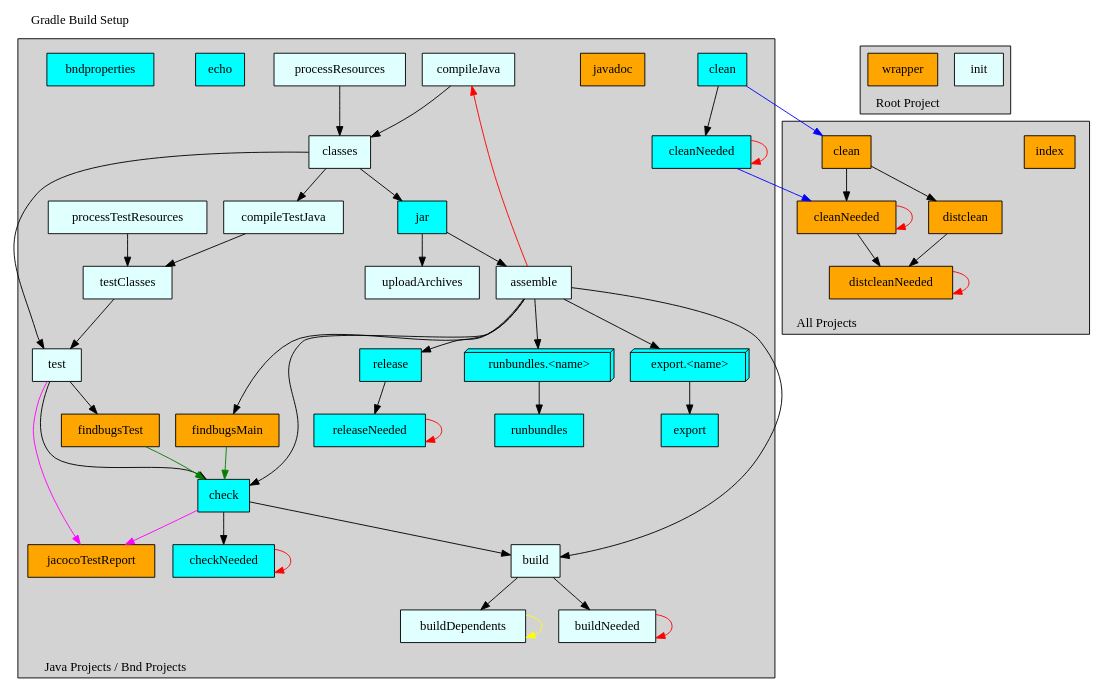
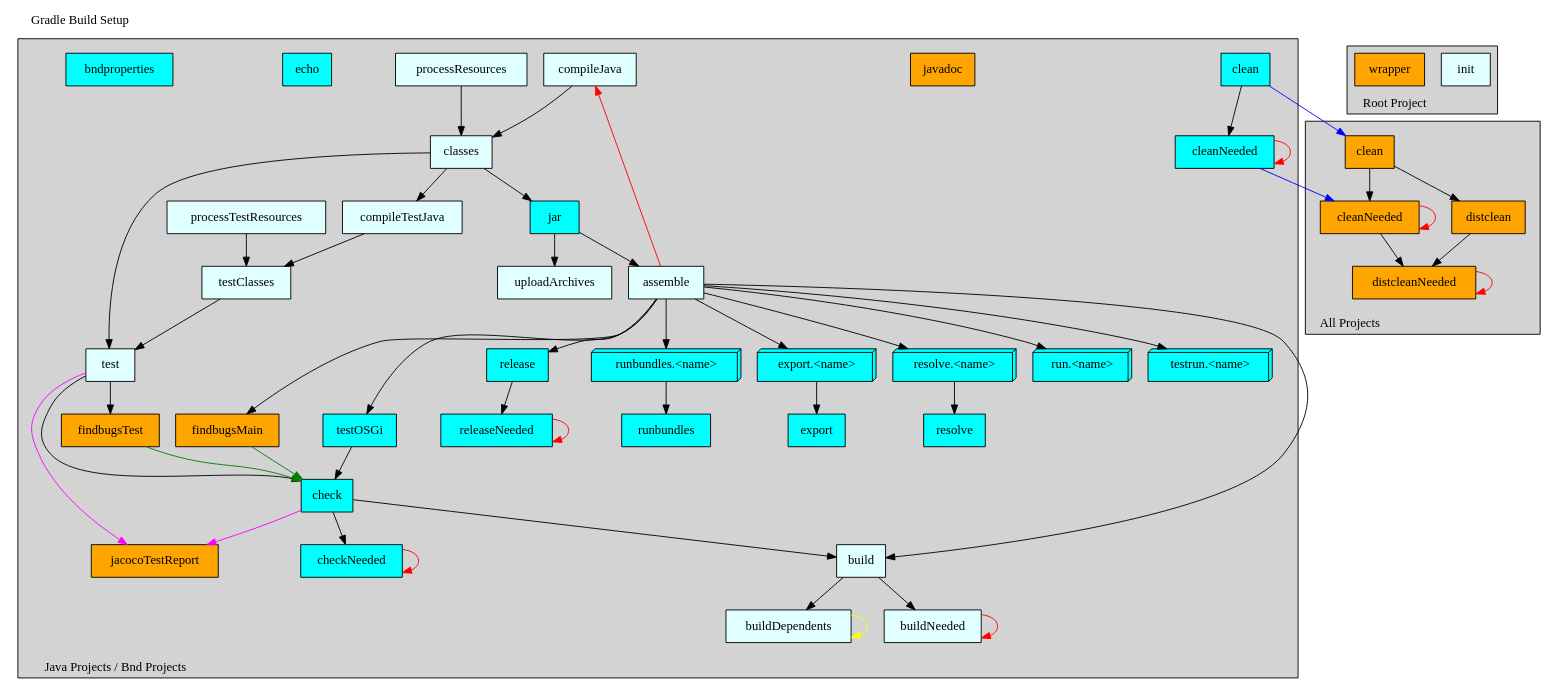
The diagram in src/router/olsrd/lib/info.java/cnf/gradle/doc/template.dot (mirror/dd-wrt), drawn with Graphviz before and after one commit. The commit also changed 95 other files, not shown here.

```diff
--- a/src/router/olsrd/lib/info.java/cnf/gradle/doc/template.dot
+++ b/src/router/olsrd/lib/info.java/cnf/gradle/doc/template.dot
@@ -65,6 +65,7 @@
     subgraph cluster106 {
       label="";
       style=invis;
+      testOSGi             [shape=box, style=filled, fillcolor=cyan     , label="testOSGi"            ]
       check                [shape=box, style=filled, fillcolor=cyan     , label="check"               ]
       checkNeeded          [shape=box, style=filled, fillcolor=cyan     , label="checkNeeded"         ]
     }
@@ -79,6 +80,10 @@
     subgraph cluster108 {
       label="";
       style=invis;
+      testrunX             [shape=box3d, style=filled, fillcolor=cyan   , label="testrun.<name>"      ]
+      runX                 [shape=box3d, style=filled, fillcolor=cyan   , label="run.<name>"          ]
+      resolveX             [shape=box3d, style=filled, fillcolor=cyan   , label="resolve.<name>"      ]
+      resolve              [shape=box  , style=filled, fillcolor=cyan   , label="resolve"             ]
       exportX              [shape=box3d, style=filled, fillcolor=cyan   , label="export.<name>"       ]
       export               [shape=box  , style=filled, fillcolor=cyan   , label="export"              ]
       runbundlesX          [shape=box3d, style=filled, fillcolor=cyan   , label="runbundles.<name>"   ]
@@ -119,7 +124,8 @@
     jar                    -> assemble
     testClasses            -> test
     assemble               -> build
-    assemble               -> check
+    assemble               -> testOSGi
+    testOSGi               -> check
     test                   -> check
     check                  -> checkNeeded
     checkNeeded            -> checkNeeded        [color=red   ]
@@ -133,6 +139,10 @@
     assemble               -> release
     assemble               -> exportX
     exportX                -> export
+    assemble               -> resolveX
+    resolveX               -> resolve
+    assemble               -> runX
+    assemble               -> testrunX
     assemble               -> runbundlesX
     runbundlesX            -> runbundles
     release                -> releaseNeeded
@@ -158,12 +168,6 @@
     color=black;
 
     subgraph cluster201 {
-      label="";
-      style=invis;
-      index                [shape=box, style=filled, fillcolor=orange   , label="index"               ]
-    }
-
-    subgraph cluster202 {
       label="";
       style=invis;
       cleanAll             [shape=box, style=filled, fillcolor=orange   , label="clean"               ]
```
